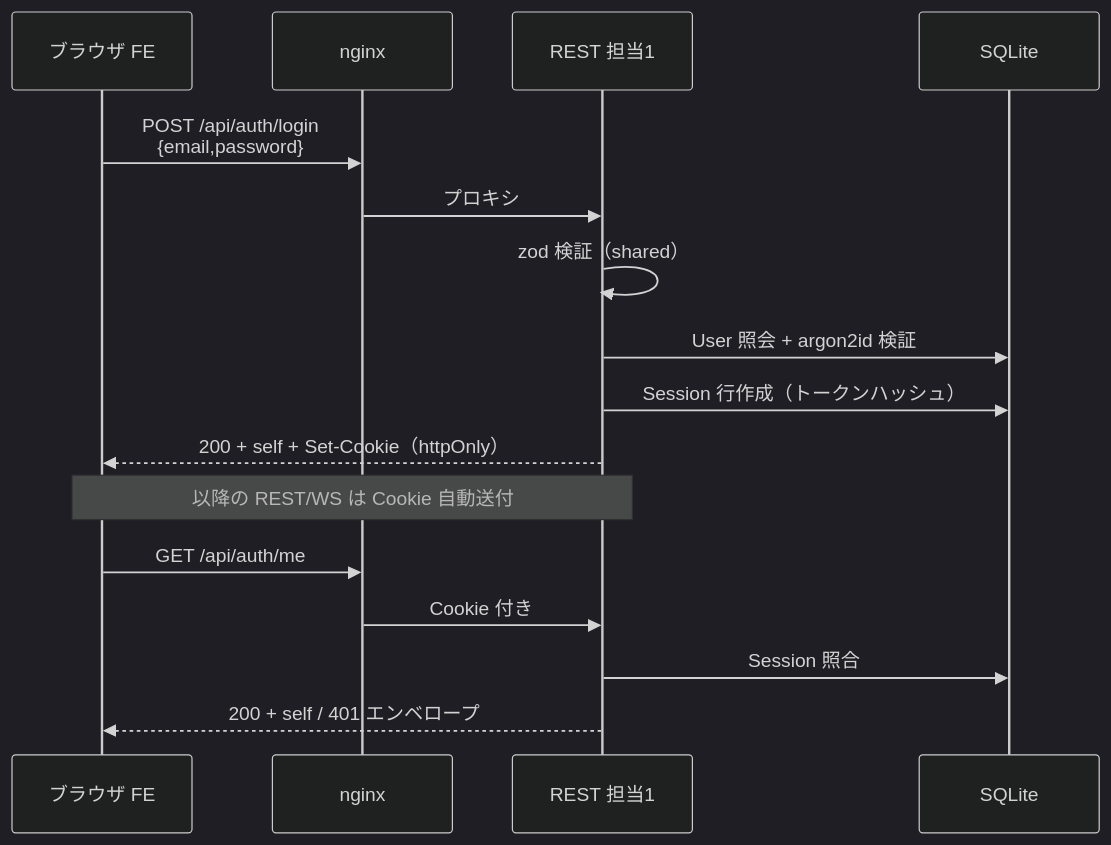
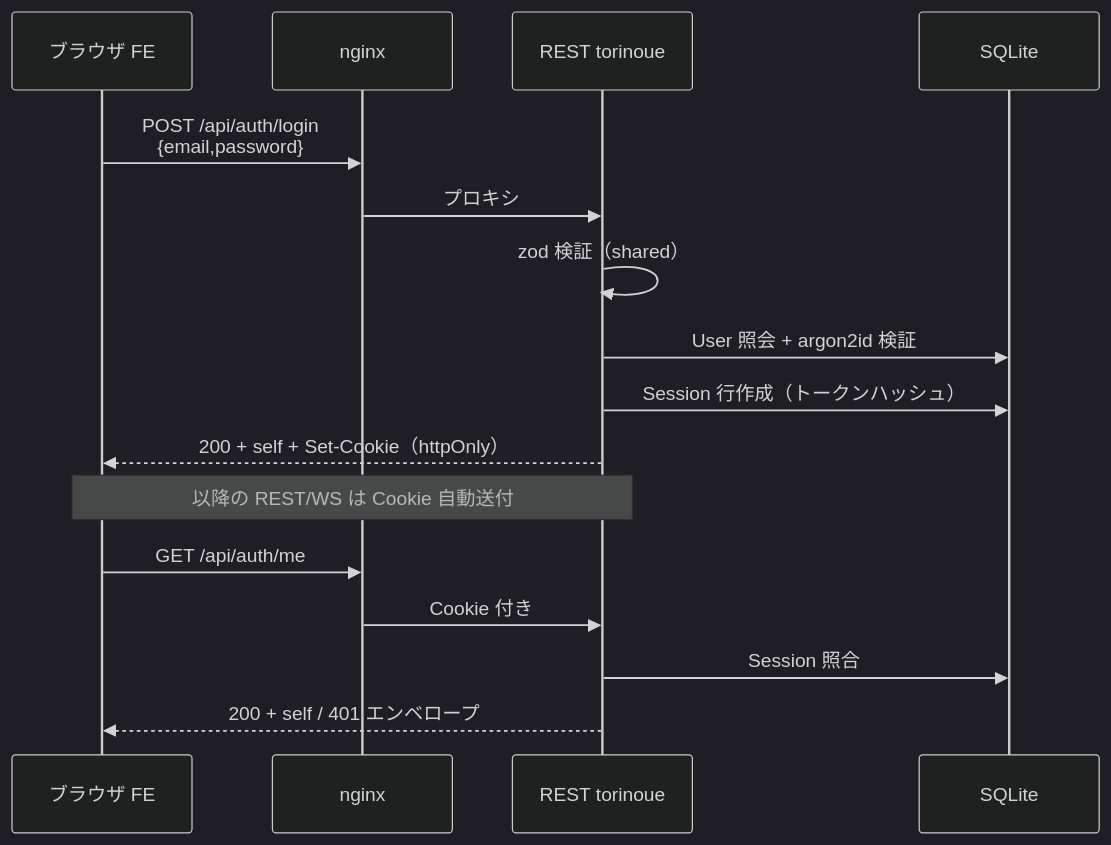
The second of 5 diagrams in md_files/torinoue/torinoue_データフロー図.md (samatsum/ft_Transcendence), drawn with Mermaid (dark theme) before and after one commit. The commit also changed other lines of this file and 15 other files, not shown here.

````diff
--- a/md_files/torinoue/torinoue_データフロー図.md
+++ b/md_files/torinoue/torinoue_データフロー図.md
@@ -53,20 +53,20 @@
 ```mermaid
 sequenceDiagram
   participant B as ブラウザ FE
   participant N as nginx
-  participant R as REST 担当1
+  participant R as REST torinoue
   participant D as SQLite
 
   B->>N: POST /api/auth/login<br/>{email,password}
   N->>R: プロキシ
   R->>R: zod 検証（shared）
   R->>D: User 照会 + argon2id 検証
   R->>D: Session 行作成（トークンハッシュ）
   R-->>B: 200 + self + Set-Cookie（httpOnly）
   Note over B,R: 以降の REST/WS は Cookie 自動送付
 
   B->>N: GET /api/auth/me
   N->>R: Cookie 付き
   R->>D: Session 照合
   R-->>B: 200 + self / 401 エンベロープ
 ```
````
